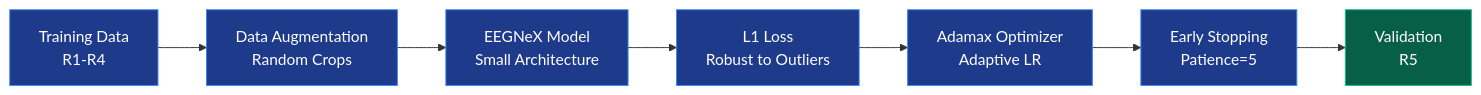
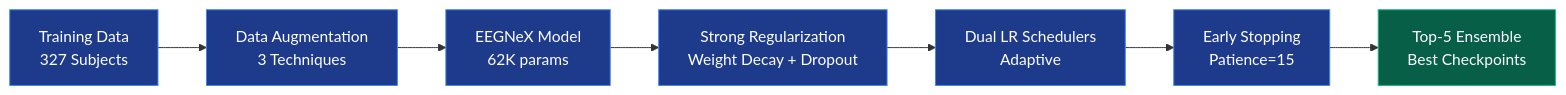
Before and after one commit to hkevin01/eeg2025: the seventh of 12 diagrams in README.md, drawn with Mermaid. The commit also changed other lines of this file and 17 other files, not shown here.

````diff
--- a/README.md
+++ b/README.md
@@ -498,17 +498,17 @@
 ```mermaid
 graph LR
-    A[Training Data<br/>R1-R4] --> B[Data Augmentation<br/>Random Crops]
-    B --> C[EEGNeX Model<br/>Small Architecture]
-    C --> D[L1 Loss<br/>Robust to Outliers]
-    D --> E[Adamax Optimizer<br/>Adaptive LR]
-    E --> F[Early Stopping<br/>Patience=5]
-    F --> G[Validation<br/>R5]
+    A[Training Data<br/>327 Subjects] --> B[Data Augmentation<br/>3 Techniques]
+    B --> C[EEGNeX Model<br/>62K params]
+    C --> D[Strong Regularization<br/>Weight Decay + Dropout]
+    D --> E[Dual LR Schedulers<br/>Adaptive]
+    E --> F[Early Stopping<br/>Patience=15]
+    F --> G[Top-5 Ensemble<br/>Best Checkpoints]
     
     style A fill:#1e3a8a,stroke:#3b82f6,color:#fff
     style B fill:#1e3a8a,stroke:#3b82f6,color:#fff
     style C fill:#1e3a8a,stroke:#3b82f6,color:#fff
     style D fill:#1e3a8a,stroke:#3b82f6,color:#fff
     style E fill:#1e3a8a,stroke:#3b82f6,color:#fff
     style F fill:#1e3a8a,stroke:#3b82f6,color:#fff
     style G fill:#065f46,stroke:#10b981,color:#fff
 ```
````
